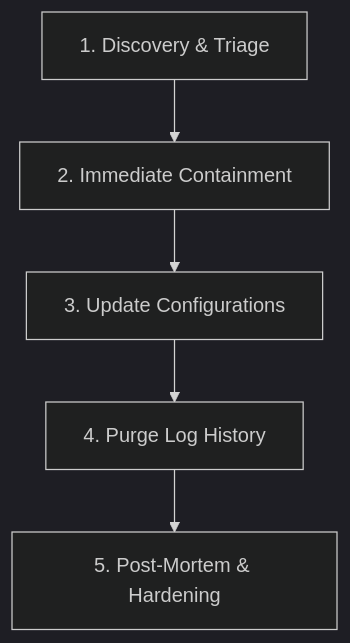
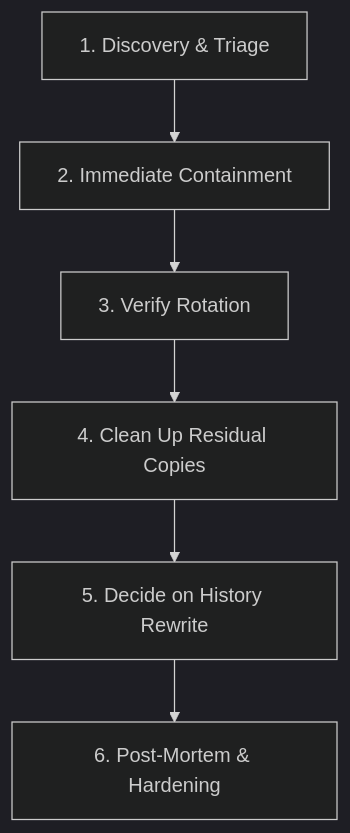
The diagram in docs/secrets_leak_protocol.md (ssalhanick/permit-rag), drawn with Mermaid (dark theme) before and after one commit. The commit also changed other lines of this file and 1 other file, not shown here.

First line of the commit message:
docs(security): rewrite secrets_leak_protocol for this stack's real incident shape

````diff
--- a/docs/secrets_leak_protocol.md
+++ b/docs/secrets_leak_protocol.md
@@ -9,7 +9,8 @@
 ```mermaid
 graph TD
     A[1. Discovery & Triage] --> B[2. Immediate Containment]
-    B --> C[3. Update Configurations]
-    C --> D[4. Purge Log History]
-    D --> E[5. Post-Mortem & Hardening]
+    B --> C[3. Verify Rotation]
+    C --> D[4. Clean Up Residual Copies]
+    D --> E[5. Decide on History Rewrite]
+    E --> F[6. Post-Mortem & Hardening]
 ```
````
